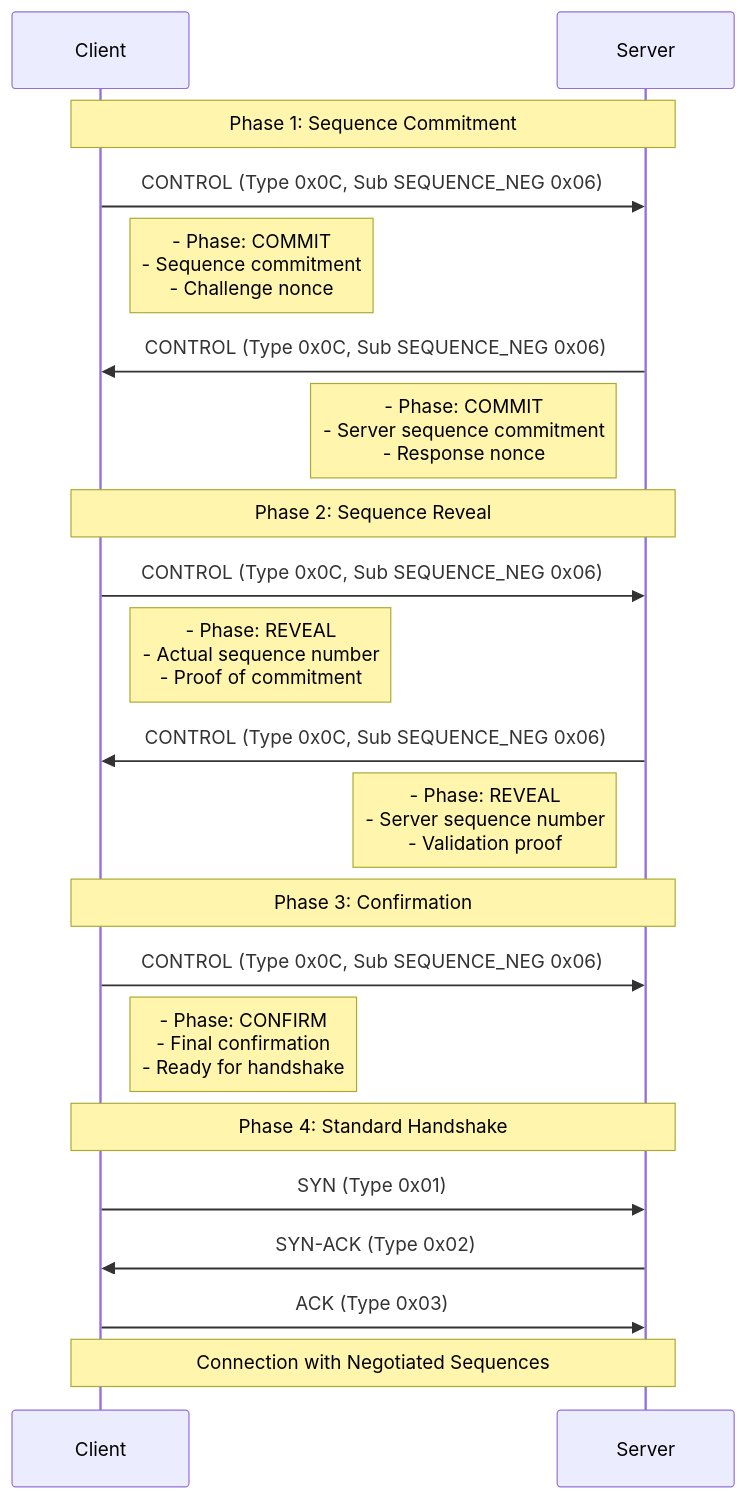
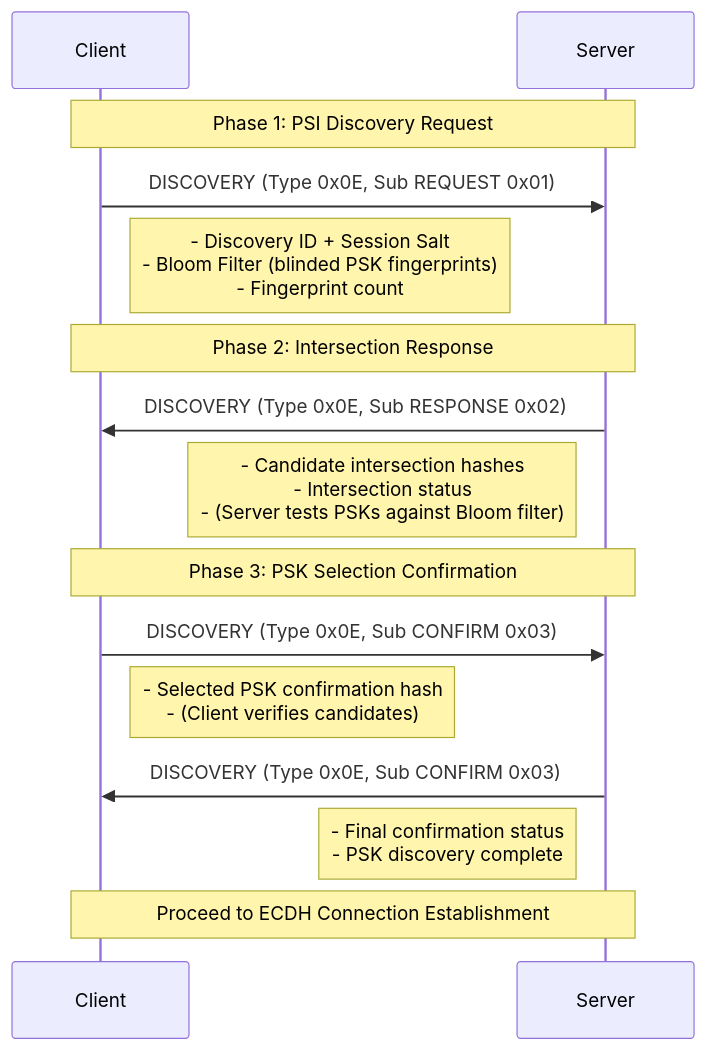
One commit to aidanmorgan/buckwild changed the fourth of 37 diagrams in design/protocol/A-sequence-diagrams.md. Above: the diagram before and after it, drawn with Mermaid. The commit also changed other lines of this file and 14 other files, not shown here.

````diff
--- a/design/protocol/A-sequence-diagrams.md
+++ b/design/protocol/A-sequence-diagrams.md
@@ -78,30 +98,22 @@
 ```mermaid
 sequenceDiagram
     participant Client
     participant Server
     
-    Note over Client,Server: Phase 1: Sequence Commitment
-    Client->>Server: CONTROL (Type 0x0C, Sub SEQUENCE_NEG 0x06)
-    Note right of Client: - Phase: COMMIT<br/>- Sequence commitment<br/>- Challenge nonce
+    Note over Client,Server: Phase 1: PSI Discovery Request
+    Client->>Server: DISCOVERY (Type 0x0E, Sub REQUEST 0x01)
+    Note right of Client: - Discovery ID + Session Salt<br/>- Bloom Filter (blinded PSK fingerprints)<br/>- Fingerprint count
     
-    Server->>Client: CONTROL (Type 0x0C, Sub SEQUENCE_NEG 0x06)
-    Note left of Server: - Phase: COMMIT<br/>- Server sequence commitment<br/>- Response nonce
+    Note over Client,Server: Phase 2: Intersection Response
+    Server->>Client: DISCOVERY (Type 0x0E, Sub RESPONSE 0x02)
+    Note left of Server: - Candidate intersection hashes<br/>- Intersection status<br/>- (Server tests PSKs against Bloom filter)
     
-    Note over Client,Server: Phase 2: Sequence Reveal
-    Client->>Server: CONTROL (Type 0x0C, Sub SEQUENCE_NEG 0x06)
-    Note right of Client: - Phase: REVEAL<br/>- Actual sequence number<br/>- Proof of commitment
+    Note over Client,Server: Phase 3: PSK Selection Confirmation
+    Client->>Server: DISCOVERY (Type 0x0E, Sub CONFIRM 0x03)
+    Note right of Client: - Selected PSK confirmation hash<br/>- (Client verifies candidates)
     
-    Server->>Client: CONTROL (Type 0x0C, Sub SEQUENCE_NEG 0x06)
-    Note left of Server: - Phase: REVEAL<br/>- Server sequence number<br/>- Validation proof
+    Server->>Client: DISCOVERY (Type 0x0E, Sub CONFIRM 0x03)
+    Note left of Server: - Final confirmation status<br/>- PSK discovery complete
     
-    Note over Client,Server: Phase 3: Confirmation
-    Client->>Server: CONTROL (Type 0x0C, Sub SEQUENCE_NEG 0x06)
-    Note right of Client: - Phase: CONFIRM<br/>- Final confirmation<br/>- Ready for handshake
-    
-    Note over Client,Server: Phase 4: Standard Handshake
-    Client->>Server: SYN (Type 0x01)
-    Server->>Client: SYN-ACK (Type 0x02)
-    Client->>Server: ACK (Type 0x03)
-    
-    Note over Client,Server: Connection with Negotiated Sequences
+    Note over Client,Server: Proceed to ECDH Connection Establishment
 ```
````
